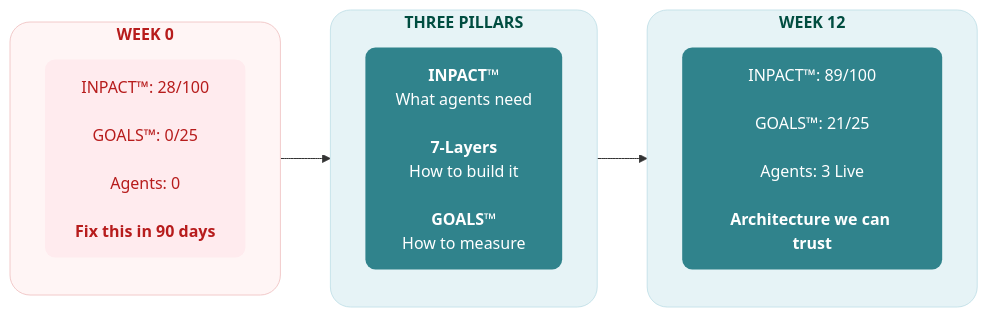
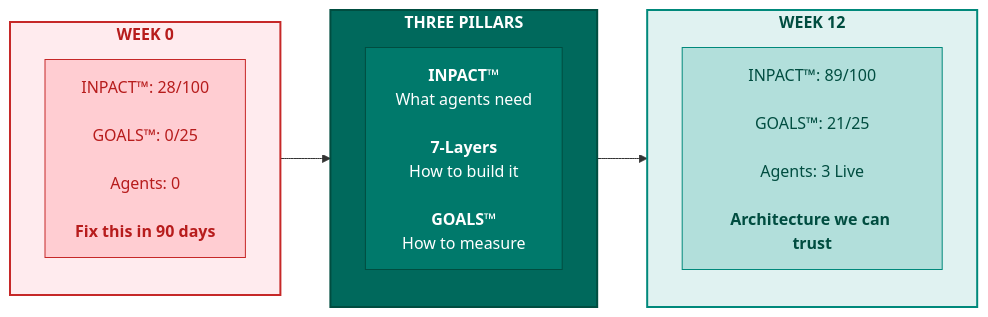
Before and after one commit to saitejesh-cyber/trust-before-intelligence-book: diagram 11 of 11 in manuscript/09_chapter_8_architecture_of_trust_in_action.md, drawn with Mermaid. The commit also changed other lines of this file and 12 other files, not shown here.

Commit message:
Restore legacy Mermaid styles for Option 1

````diff
--- a/manuscript/09_chapter_8_architecture_of_trust_in_action.md
+++ b/manuscript/09_chapter_8_architecture_of_trust_in_action.md
@@ -928,28 +928,28 @@
 ```mermaid
 
 graph LR
   subgraph BEFORE["<b>WEEK 0</b>"]
     direction TB
     B1["INPACT™: 28/100<br/><br/>GOALS™: 0/25<br/><br/>Agents: 0<br/><br/><b>Fix this in 90 days</b>"]
   end
   
   subgraph PILLARS["<b>THREE PILLARS</b>"]
     direction TB
     P1["<b>INPACT™</b><br/>What agents need<br/><br/><b>7-Layers</b><br/>How to build it<br/><br/><b>GOALS™</b><br/>How to measure"]
   end
   
   subgraph AFTER["<b>WEEK 12</b>"]
     direction TB
     A1["INPACT™: 89/100<br/><br/>GOALS™: 21/25<br/><br/>Agents: 3 Live<br/><br/><b>Architecture we can trust</b>"]
   end
   
   BEFORE --> PILLARS --> AFTER
   
-  style BEFORE fill:#fff5f5,stroke:#f2caca,stroke-width:1px,color:#b71c1c,rx:20,ry:20
-  style PILLARS fill:#e6f3f6,stroke:#c7e3ea,stroke-width:1px,color:#004d40,rx:20,ry:20
-  style AFTER fill:#e6f3f6,stroke:#c7e3ea,stroke-width:1px,color:#004d40,rx:20,ry:20
-  style B1 fill:#ffebee,stroke:none,color:#b71c1c,rx:10,ry:10
-  style P1 fill:#30838C,stroke:none,color:#ffffff,rx:10,ry:10
-  style A1 fill:#30838C,stroke:none,color:#ffffff,rx:10,ry:10
+  style BEFORE fill:#ffebee,stroke:#c62828,stroke-width:2px,color:#b71c1c
+  style PILLARS fill:#00695c,stroke:#004d40,stroke-width:2px,color:#ffffff
+  style AFTER fill:#e0f2f1,stroke:#00897b,stroke-width:2px,color:#004d40
+  style B1 fill:#ffcdd2,stroke:#c62828,color:#b71c1c
+  style P1 fill:#00796b,stroke:#004d40,color:#ffffff
+  style A1 fill:#b2dfdb,stroke:#00897b,color:#004d40
 
 ```
````
